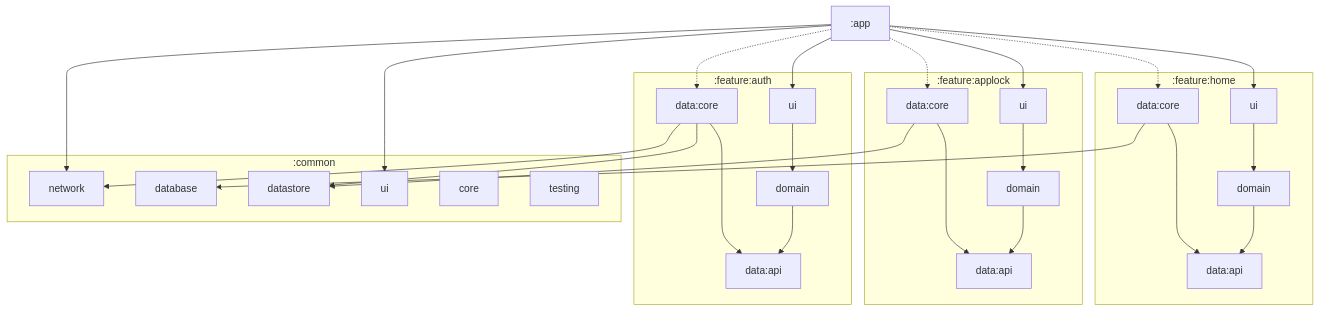
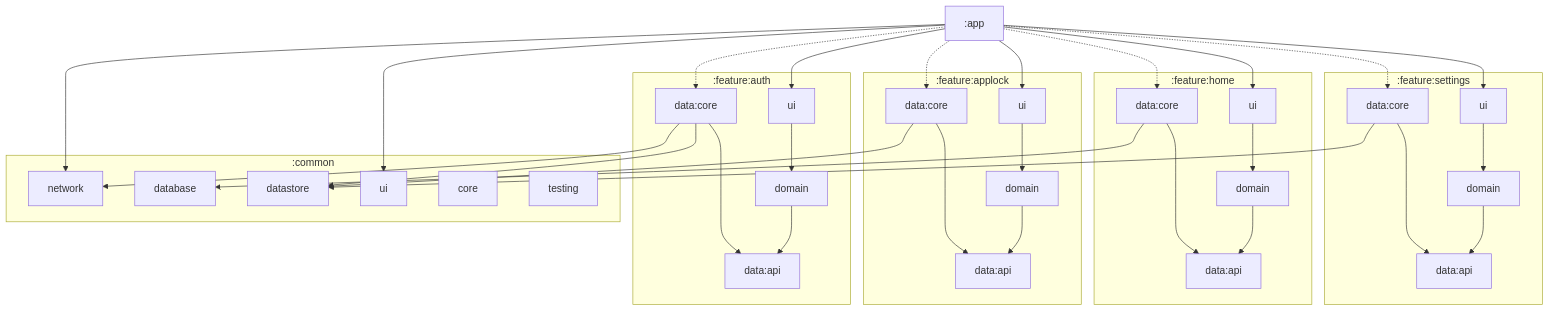
The diagram in README.md (kristiankosharov/Vigil), drawn with Mermaid before and after one commit.

Commit message:
Add :feature:settings to the module dependency graph

````diff
--- a/README.md
+++ b/README.md
@@ -207,35 +207,41 @@
 ```mermaid
 flowchart TD
     app[":app"]
 
     subgraph auth [":feature:auth"]
         authUi["ui"] --> authDomain["domain"] --> authApi["data:api"]
         authCore["data:core"] --> authApi
     end
 
     subgraph applock [":feature:applock"]
         applockUi["ui"] --> applockDomain["domain"] --> applockApi["data:api"]
         applockCore["data:core"] --> applockApi
     end
 
     subgraph home [":feature:home"]
         homeUi["ui"] --> homeDomain["domain"] --> homeApi["data:api"]
         homeCore["data:core"] --> homeApi
     end
 
+    subgraph settings [":feature:settings"]
+        settingsUi["ui"] --> settingsDomain["domain"] --> settingsApi["data:api"]
+        settingsCore["data:core"] --> settingsApi
+    end
+
     subgraph common [":common"]
         network["network"]
         database["database"]
         datastore["datastore"]
         commonUi["ui"]
         core["core"]
         testing["testing"]
     end
 
-    app --> authUi & applockUi & homeUi
-    app -.-> authCore & applockCore & homeCore
+    app --> authUi & applockUi & homeUi & settingsUi
+    app -.-> authCore & applockCore & homeCore & settingsCore
     app --> commonUi & network
     authCore --> network & datastore
     applockCore --> datastore
     homeCore --> database
+    settingsCore --> datastore
 ```
````
